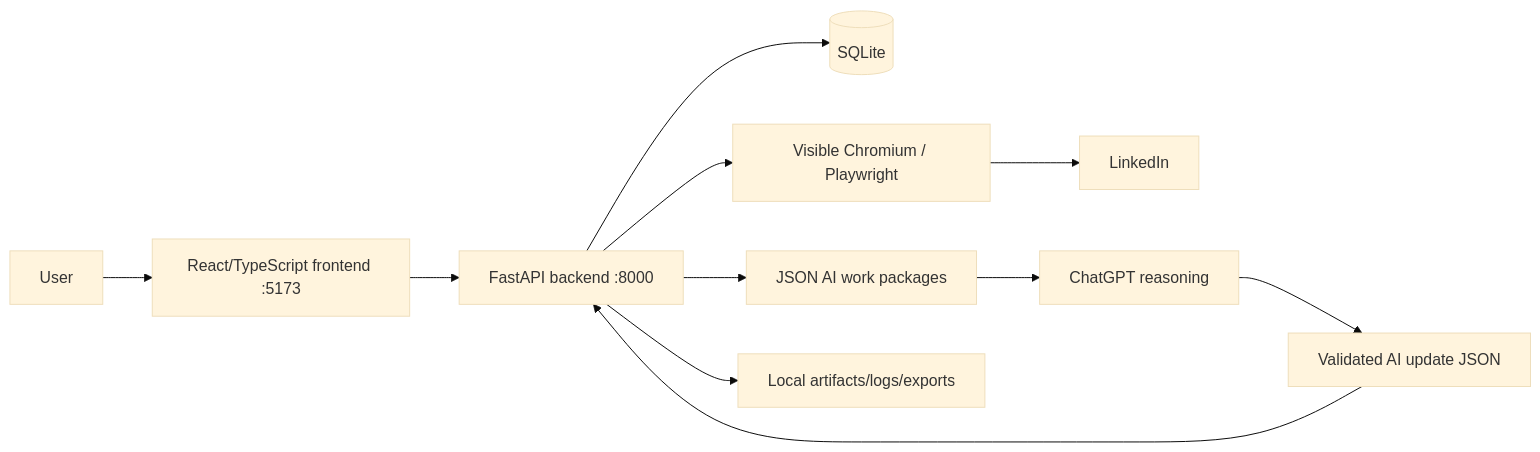
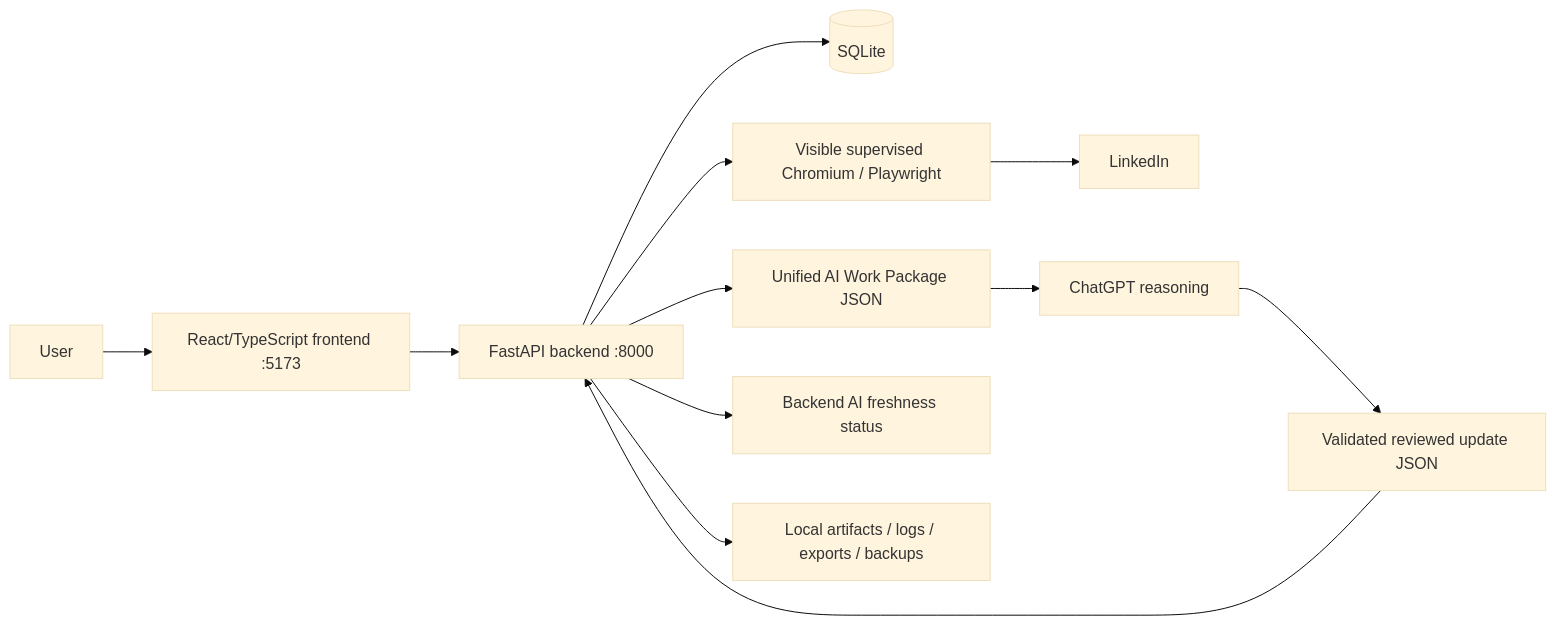
Before and after one commit to RafaelAlbaWebify/jolt: the diagram in .ai/ARCHITECTURE.md, drawn with Mermaid (base theme). The commit also changed other lines of this file, not shown here.

Commit message:
Refresh architecture around unified intelligence authority

````diff
--- a/.ai/ARCHITECTURE.md
+++ b/.ai/ARCHITECTURE.md
@@ -5,13 +5,14 @@
 ```mermaid
 flowchart LR
   U[User] --> F[React/TypeScript frontend :5173]
   F --> A[FastAPI backend :8000]
   A --> D[(SQLite)]
-  A --> C[Visible Chromium / Playwright]
+  A --> C[Visible supervised Chromium / Playwright]
   C --> L[LinkedIn]
-  A --> X[JSON AI work packages]
-  X --> G[ChatGPT reasoning]
-  G --> Y[Validated AI update JSON]
-  Y --> A
-  A --> E[Local artifacts/logs/exports]
+  A --> W[Unified AI Work Package JSON]
+  W --> G[ChatGPT reasoning]
+  G --> R[Validated reviewed update JSON]
+  R --> A
+  A --> S[Backend AI freshness status]
+  A --> E[Local artifacts / logs / exports / backups]
 ```
````
